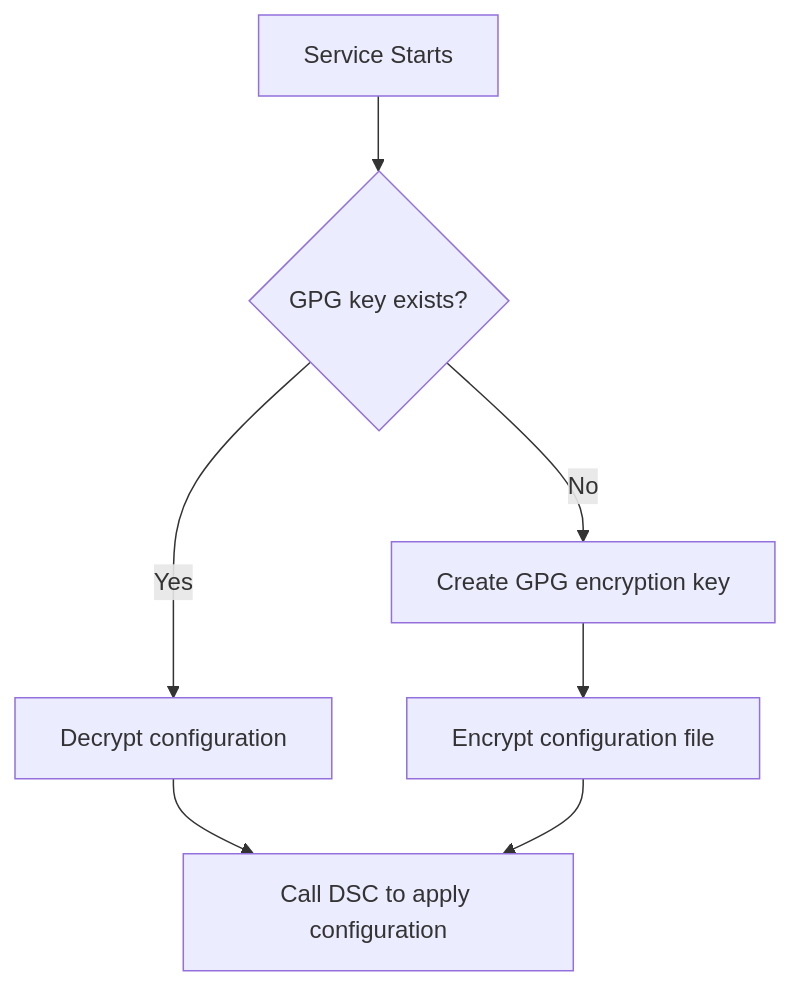
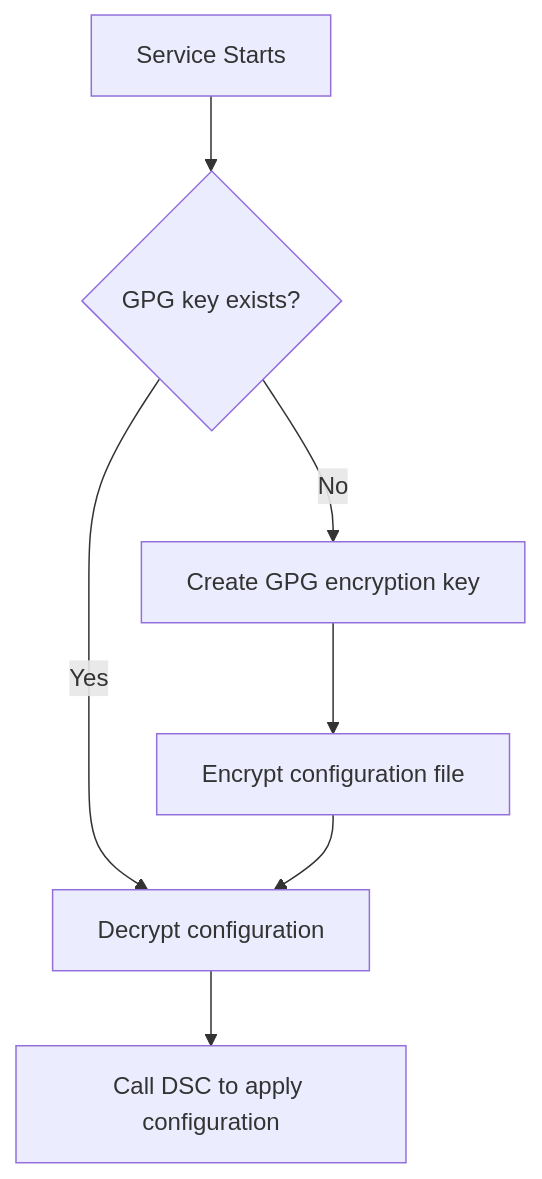
One commit to opendsc/opendsc changed the first of 3 diagrams in README.md. Above: the diagram before and after it, drawn with Mermaid.

````diff
--- a/README.md
+++ b/README.md
@@ -23,9 +23,9 @@
 ```mermaid
 flowchart TD
     A[Service Starts] --> B{GPG key exists?}
     B -->|Yes| C[Decrypt configuration]
     B -->|No| D[Create GPG encryption key]
     D --> E[Encrypt configuration file]
+    E --> C
     C --> F[Call DSC to apply configuration]
-    E --> F
 ```
````
